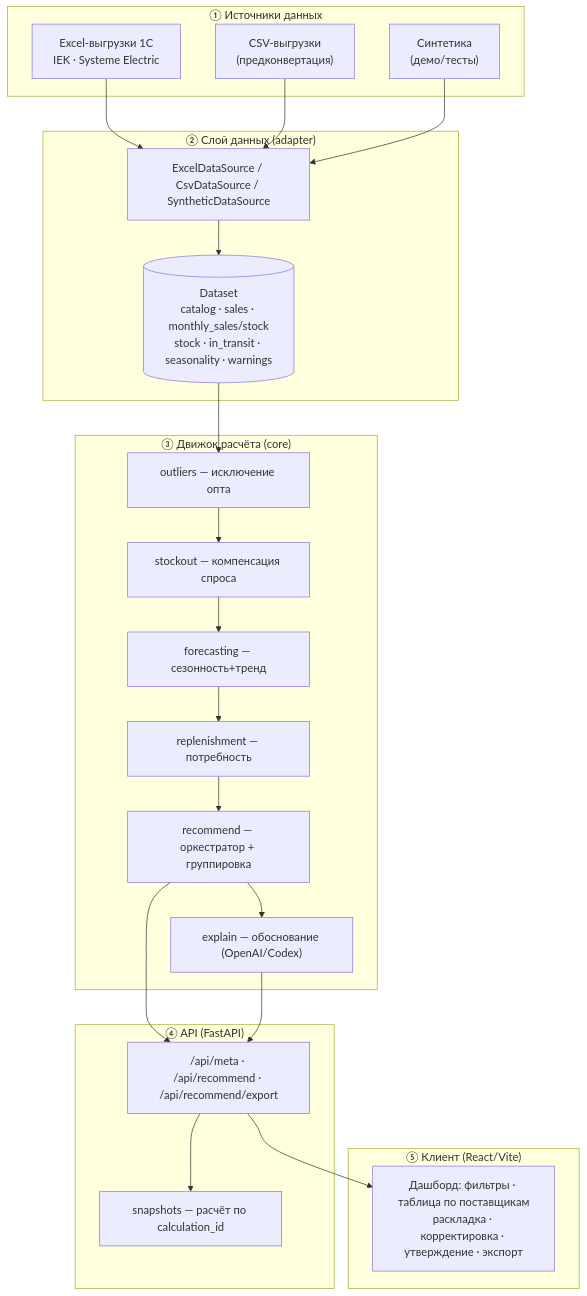
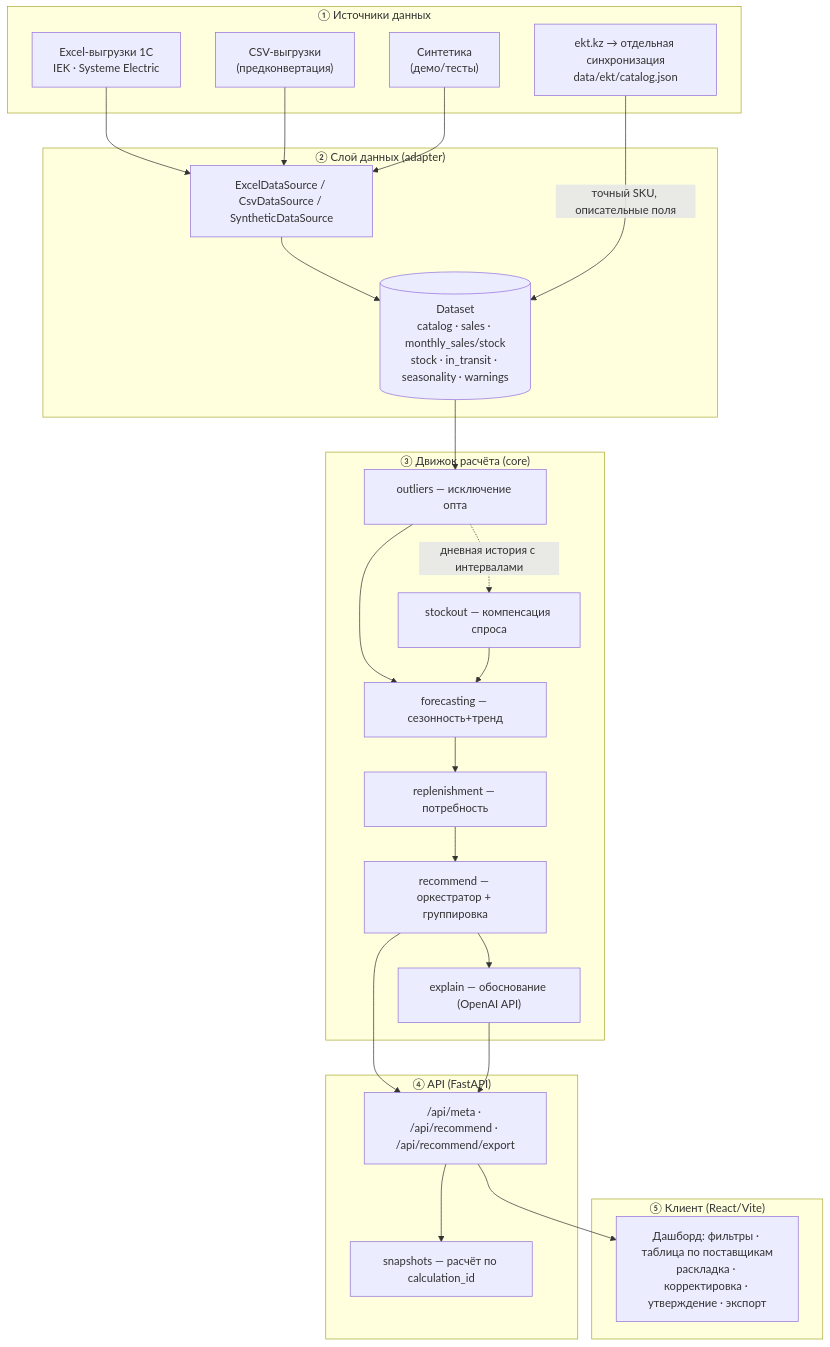
Before and after one commit to BAITC-Hacks/hack-a84ff6d0-hubtech: the first of 5 diagrams in docs/АРХИТЕКТУРА.md, drawn with Mermaid. The commit also changed other lines of this file and 32 other files, not shown here.

````diff
--- a/docs/АРХИТЕКТУРА.md
+++ b/docs/АРХИТЕКТУРА.md
@@ -17,32 +17,35 @@
 ```mermaid
 flowchart TD
     subgraph L1["① Источники данных"]
         E["Excel-выгрузки 1С<br/>IEK · Systeme Electric"]
         C["CSV-выгрузки<br/>(предконвертация)"]
         S["Синтетика<br/>(демо/тесты)"]
+        W["ekt.kz → отдельная синхронизация<br/>data/ekt/catalog.json"]
     end
     subgraph L2["② Слой данных (adapter)"]
         IMP["ExcelDataSource / CsvDataSource / SyntheticDataSource"]
         DS[("Dataset<br/>catalog · sales · monthly_sales/stock<br/>stock · in_transit · seasonality · warnings")]
     end
     subgraph L3["③ Движок расчёта (core)"]
         O["outliers — исключение опта"]
         K["stockout — компенсация спроса"]
         F["forecasting — сезонность+тренд"]
         R["replenishment — потребность"]
         RC["recommend — оркестратор + группировка"]
-        EX["explain — обоснование (OpenAI/Codex)"]
+        EX["explain — обоснование (OpenAI API)"]
     end
     subgraph L4["④ API (FastAPI)"]
         API["/api/meta · /api/recommend · /api/recommend/export"]
         SNP["snapshots — расчёт по calculation_id"]
     end
     subgraph L5["⑤ Клиент (React/Vite)"]
         UI["Дашборд: фильтры · таблица по поставщикам<br/>раскладка · корректировка · утверждение · экспорт"]
     end
     E & C & S --> IMP --> DS
-    DS --> O --> K --> F --> R --> RC --> EX
+    W -->|точный SKU, описательные поля| DS
+    DS --> O --> F --> R --> RC --> EX
+    O -.->|дневная история с интервалами| K --> F
     RC --> API --> SNP
     API --> UI
     EX --> API
 ```
````
